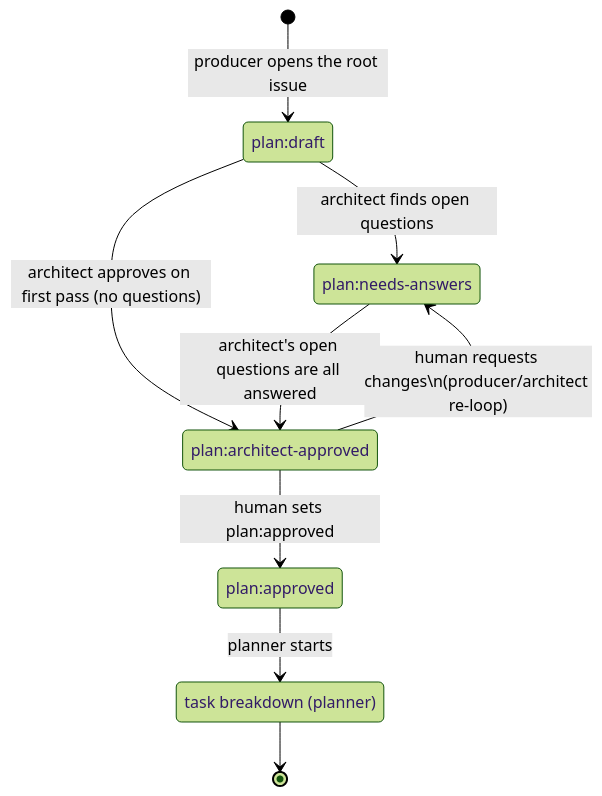
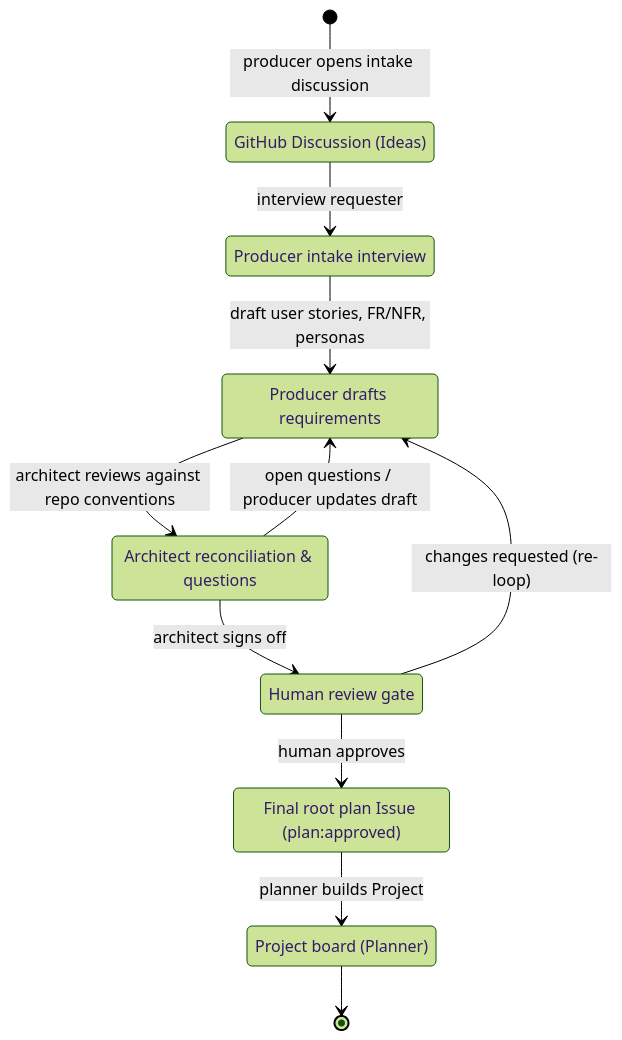
Before and after one commit to whale-net/everything: the first of 2 diagrams in tools/project-manager/CONVENTIONS.md, drawn with Mermaid (forest theme). The commit also changed other lines of this file and 12 other files, not shown here.

````diff
--- a/tools/project-manager/CONVENTIONS.md
+++ b/tools/project-manager/CONVENTIONS.md
@@ -31,17 +23,21 @@
 ```mermaid
 stateDiagram-v2
-    draft: plan:draft
-    needsAnswers: plan:needs-answers
-    architectApproved: plan:architect-approved
-    approved: plan:approved
-    breakdown: task breakdown (planner)
+    discussion: GitHub Discussion (Ideas)
+    intake: Producer intake interview
+    draft: Producer drafts requirements
+    reconcile: Architect reconciliation & questions
+    humanReview: Human review gate
+    rootIssue: Final root plan Issue (plan:approved)
+    projectBoard: Project board (Planner)
 
-    [*] --> draft: producer opens the root issue
-    draft --> needsAnswers: architect finds open questions
-    draft --> architectApproved: architect approves on first pass (no questions)
-    needsAnswers --> architectApproved: architect's open questions are all answered
-    architectApproved --> approved: human sets plan:approved
-    architectApproved --> needsAnswers: human requests changes\n(producer/architect re-loop)
-    approved --> breakdown: planner starts
-    breakdown --> [*]
+    [*] --> discussion: producer opens intake discussion
+    discussion --> intake: interview requester
+    intake --> draft: draft user stories, FR/NFR, personas
+    draft --> reconcile: architect reviews against repo conventions
+    reconcile --> draft: open questions / producer updates draft
+    reconcile --> humanReview: architect signs off
+    humanReview --> draft: changes requested (re-loop)
+    humanReview --> rootIssue: human approves
+    rootIssue --> projectBoard: planner builds Project
+    projectBoard --> [*]
 ```
````
